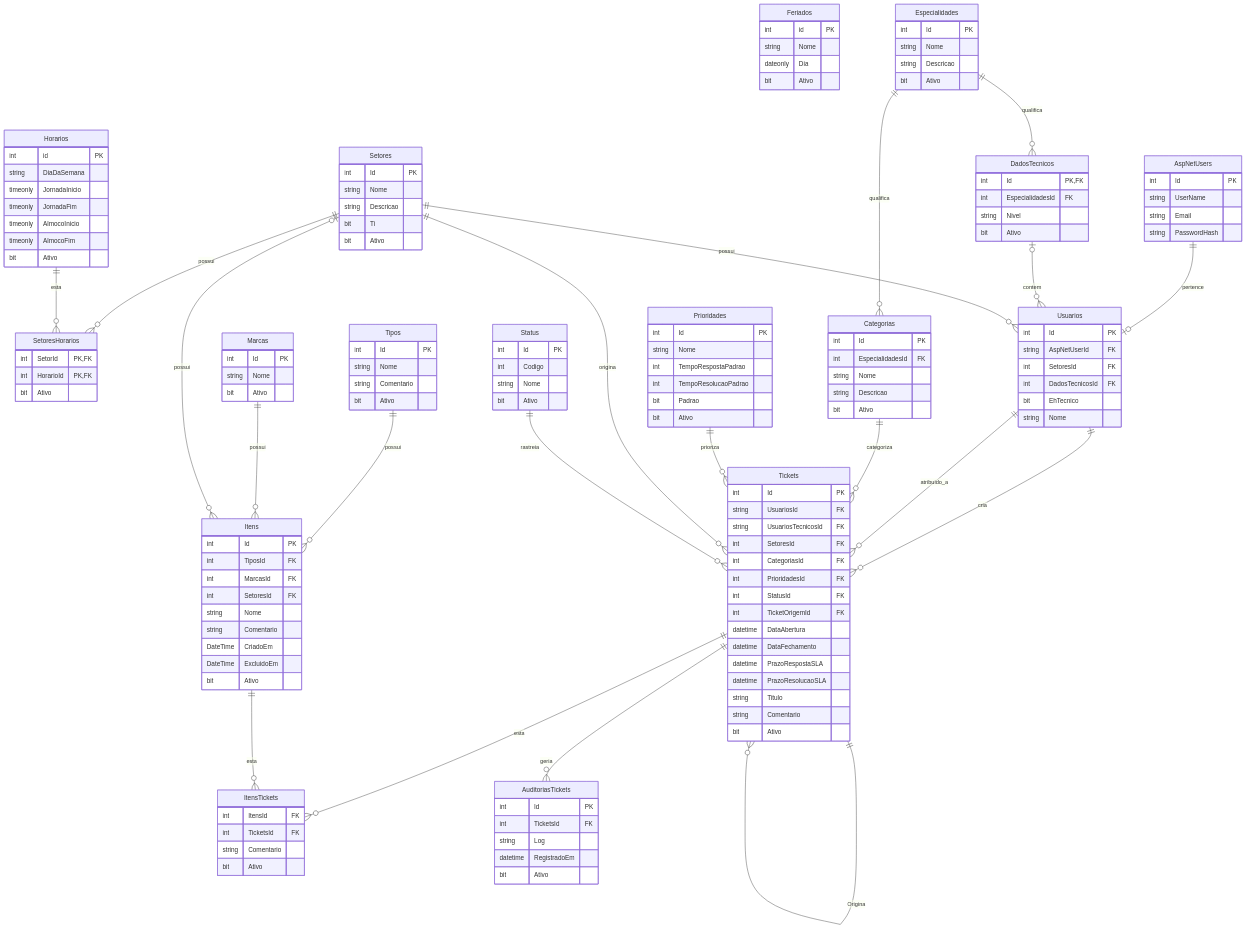
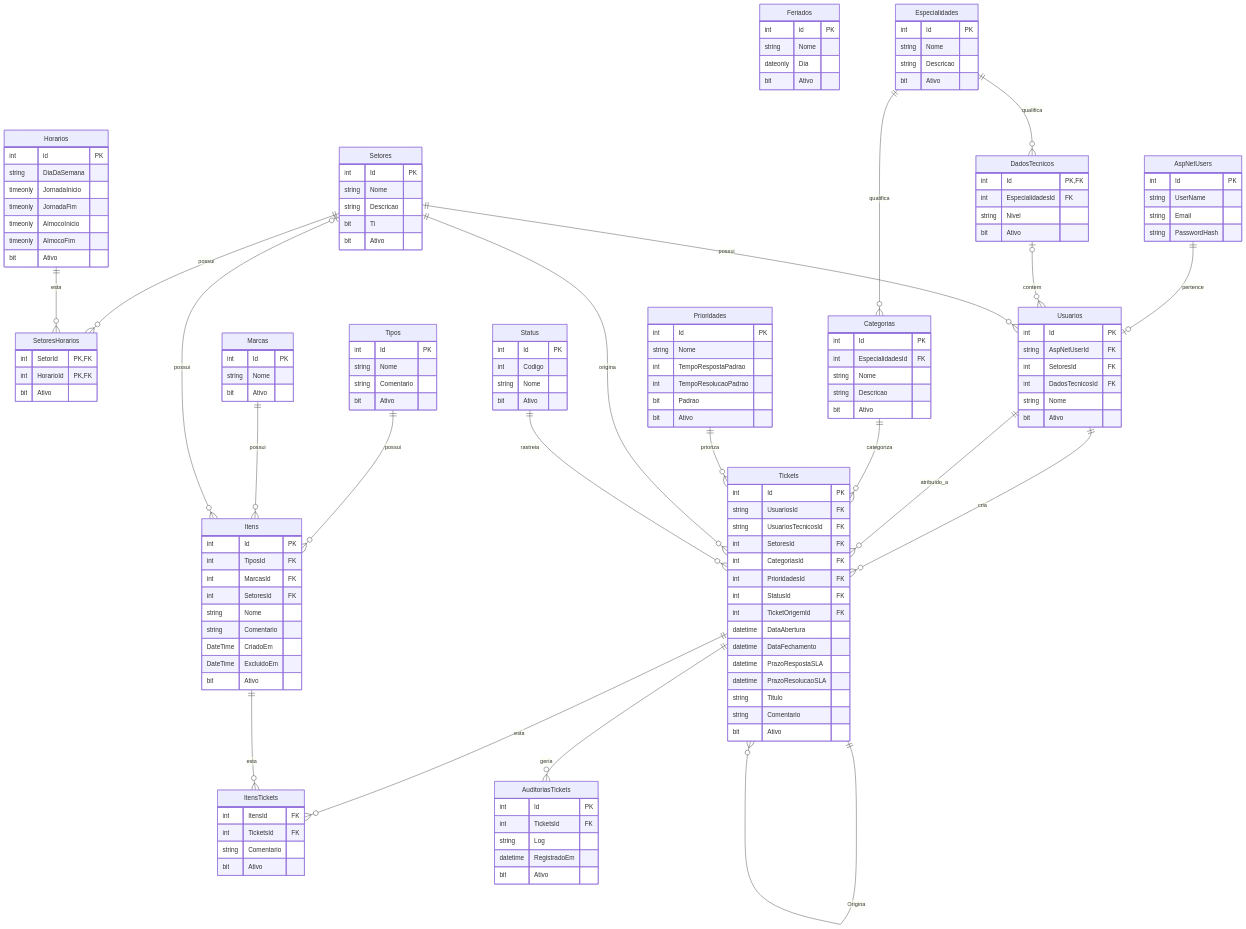
The diagram in ServiceOrder.md (agsfranco/ChamadosTi), drawn with Mermaid before and after one commit. The commit also changed 30 other files, not shown here.

```diff
--- a/ServiceOrder.md
+++ b/ServiceOrder.md
@@ -64,8 +64,8 @@
         string AspNetUserId FK
         int SetoresId FK
         int DadosTecnicosId FK
-        bit EhTecnico
         string Nome
+        bit Ativo
     }
 
     %% Prioridade e Prazos Configurados: Normal, Urgente
```
